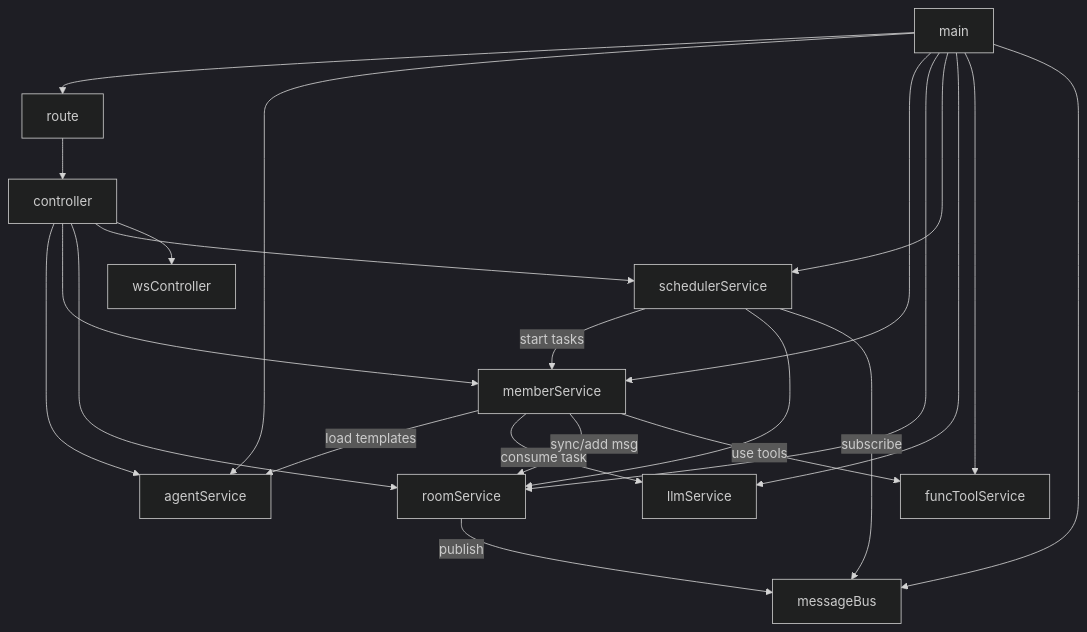
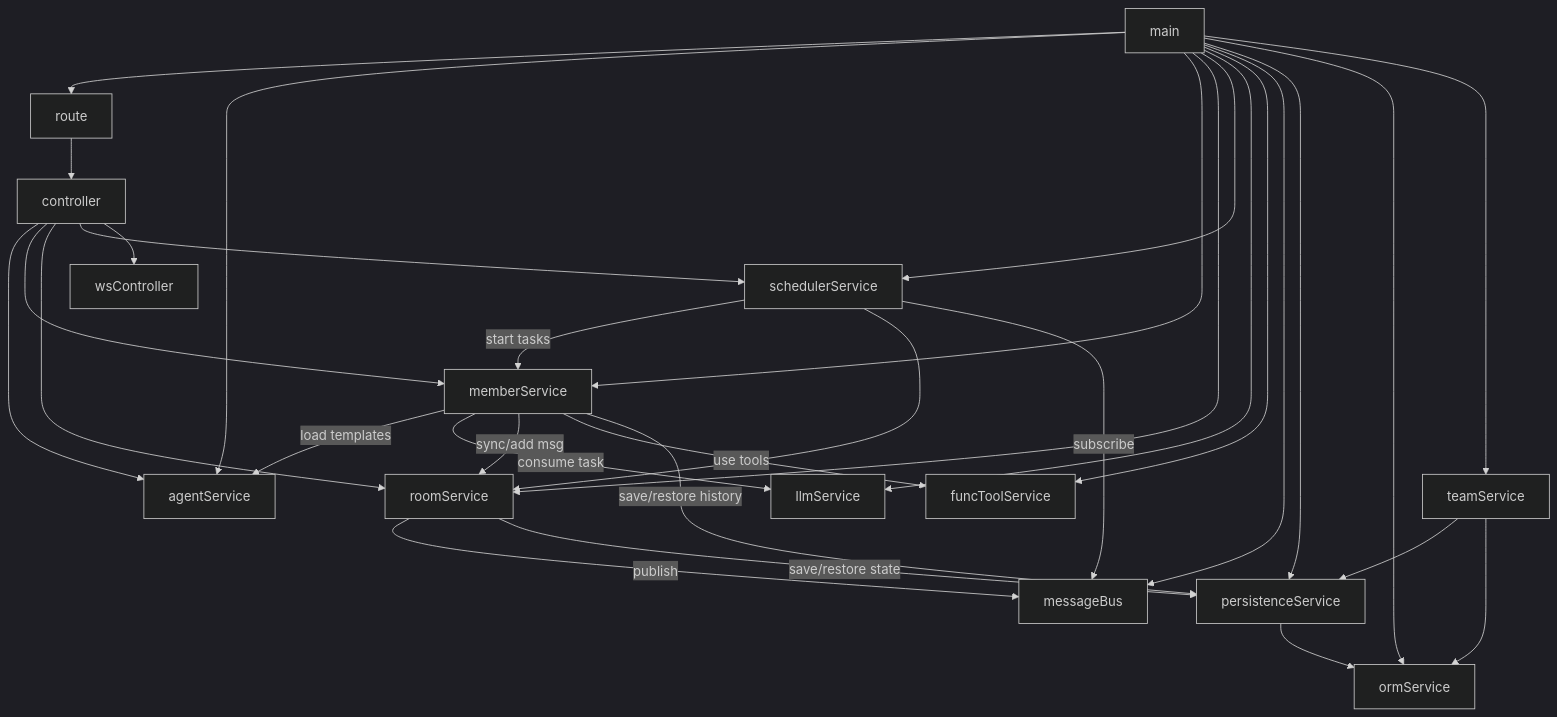
Before and after one commit to alexazhou/TogoSpace: the diagram in docs/tech/service_dependencies.md, drawn with Mermaid (dark theme). The commit also changed other lines of this file and 5 other files, not shown here.

First line of the commit message:
refactor: 消除 persistenceService 循环依赖，分阶段注释启动流程

````diff
--- a/docs/tech/service_dependencies.md
+++ b/docs/tech/service_dependencies.md
@@ -3,29 +3,38 @@
 ```mermaid
 graph TD
     main --> route
     main --> agentService
     main --> memberService
     main --> roomService
     main --> schedulerService
     main --> llmService
     main --> funcToolService
     main --> messageBus
+    main --> persistenceService
+    main --> ormService
+    main --> teamService
 
     route --> controller
     controller --> agentService
     controller --> memberService
     controller --> roomService
     controller --> schedulerService
     controller --> wsController
 
     schedulerService -->|start tasks| memberService
     schedulerService --> roomService
     schedulerService -->|subscribe| messageBus
 
     memberService -->|load templates| agentService
     memberService -->|consume task| llmService
     memberService -->|sync/add msg| roomService
     memberService -->|use tools| funcToolService
+    memberService -->|save/restore history| persistenceService
 
     roomService -->|publish| messageBus
+    roomService -->|save/restore state| persistenceService
+
+    persistenceService --> ormService
+    teamService --> persistenceService
+    teamService --> ormService
 ```
````
